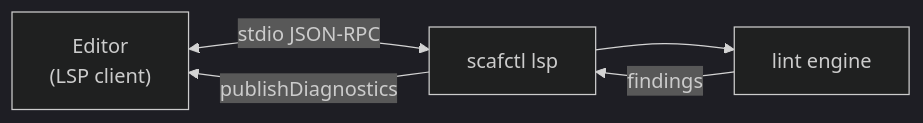
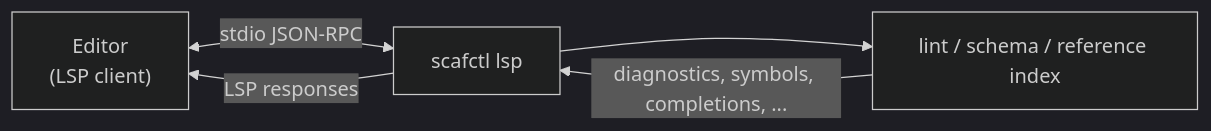
The diagram in docs/tutorials/lsp-tutorial.md (oakwood-commons/scafctl), drawn with Mermaid (dark theme) before and after one commit. The commit also changed other lines of this file and 2 other files, not shown here.

First line of the commit message:
docs(lsp): document the full editor feature set and non-goals

````diff
--- a/docs/tutorials/lsp-tutorial.md
+++ b/docs/tutorials/lsp-tutorial.md
@@ -17,7 +19,7 @@
 ```mermaid
 flowchart LR
   A["Editor<br/>(LSP client)"] <-->|"stdio JSON-RPC"| B["scafctl lsp"]
-  B --> C["lint engine"]
-  C -->|"findings"| B
-  B -->|"publishDiagnostics"| A
+  B --> C["lint / schema / reference index"]
+  C -->|"diagnostics, symbols, completions, ..."| B
+  B -->|"LSP responses"| A
 ```
````
